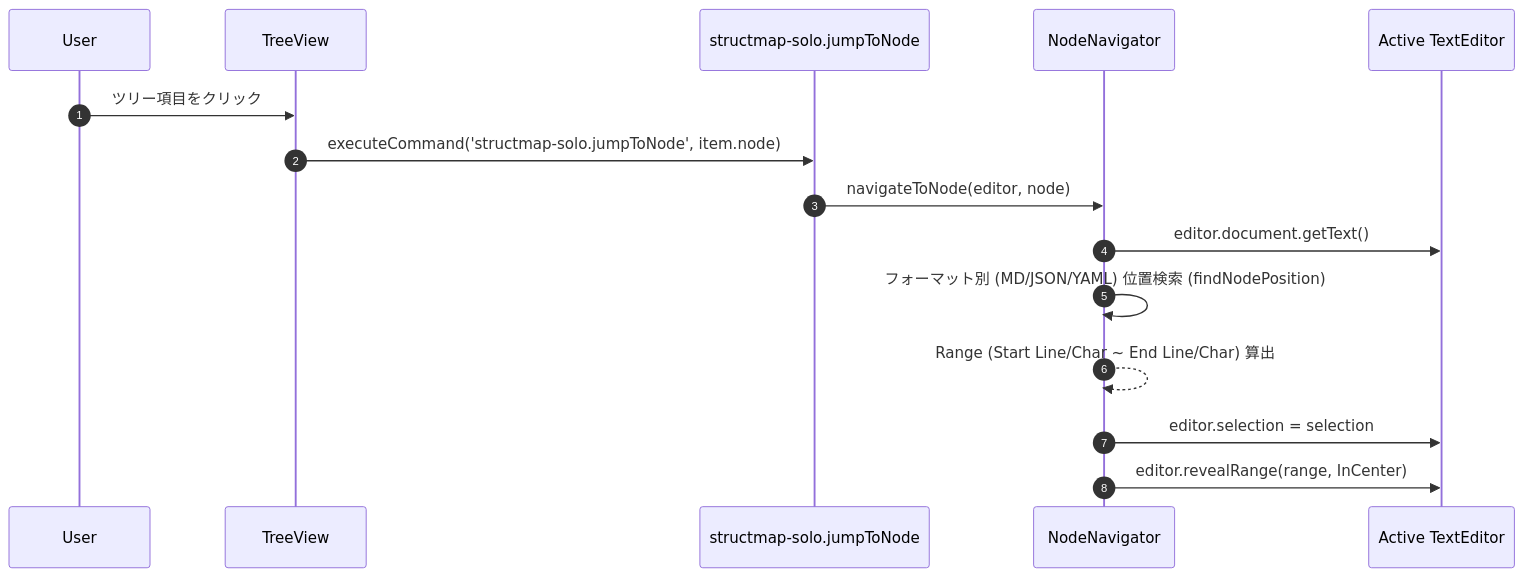
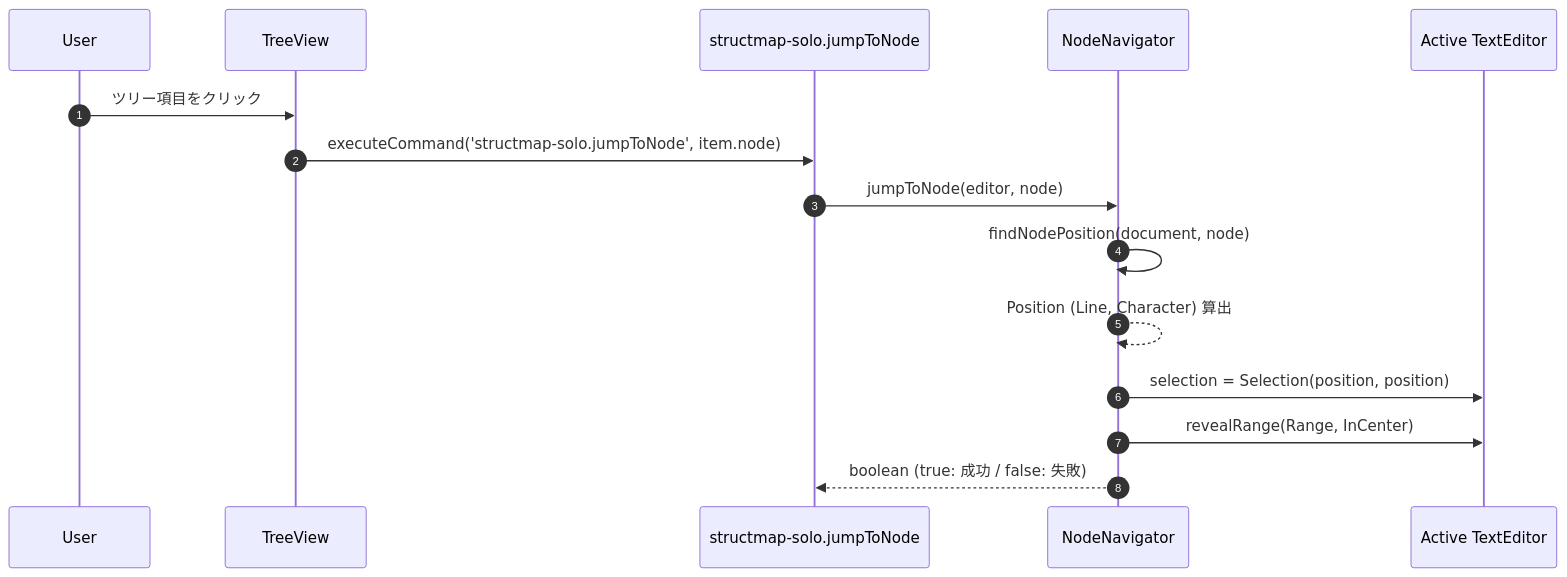
Before and after one commit to masanori-satake/StructMap-Solo: the fifth of 6 diagrams in docs/DATA_FLOW_AND_EVENTS.md, drawn with Mermaid. The commit also changed other lines of this file and 4 other files, not shown here.

Commit message:
docs: address PR review feedback on developer architecture documentation

````diff
--- a/docs/DATA_FLOW_AND_EVENTS.md
+++ b/docs/DATA_FLOW_AND_EVENTS.md
@@ -181,18 +179,18 @@
 ```mermaid
 sequenceDiagram
     autonumber
     participant U as User
     participant TV as TreeView
     participant Cmd as structmap-solo.jumpToNode
     participant Nav as NodeNavigator
     participant Ed as Active TextEditor
 
     U->>TV: ツリー項目をクリック
     TV->>Cmd: executeCommand('structmap-solo.jumpToNode', item.node)
-    Cmd->>Nav: navigateToNode(editor, node)
-    Nav->>Ed: editor.document.getText()
-    Nav->>Nav: フォーマット別 (MD/JSON/YAML) 位置検索 (findNodePosition)
-    Nav-->>Nav: Range (Start Line/Char ~ End Line/Char) 算出
-    Nav->>Ed: editor.selection = selection
-    Nav->>Ed: editor.revealRange(range, InCenter)
+    Cmd->>Nav: jumpToNode(editor, node)
+    Nav->>Nav: findNodePosition(document, node)
+    Nav-->>Nav: Position (Line, Character) 算出
+    Nav->>Ed: selection = Selection(position, position)
+    Nav->>Ed: revealRange(Range, InCenter)
+    Nav-->>Cmd: boolean (true: 成功 / false: 失敗)
 ```
````
